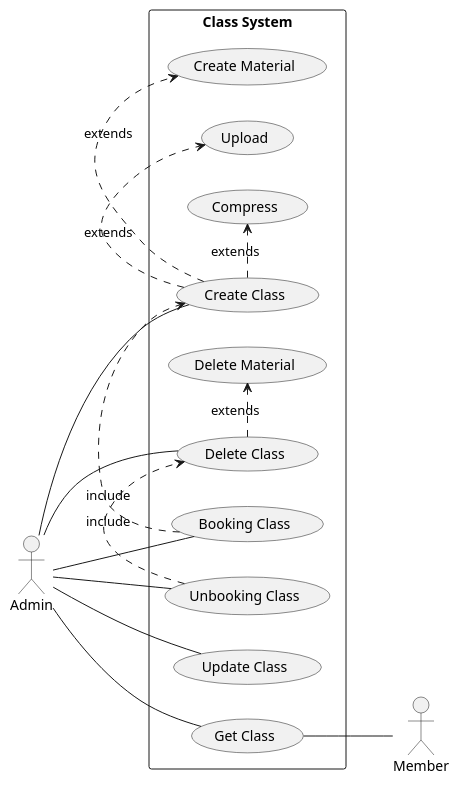
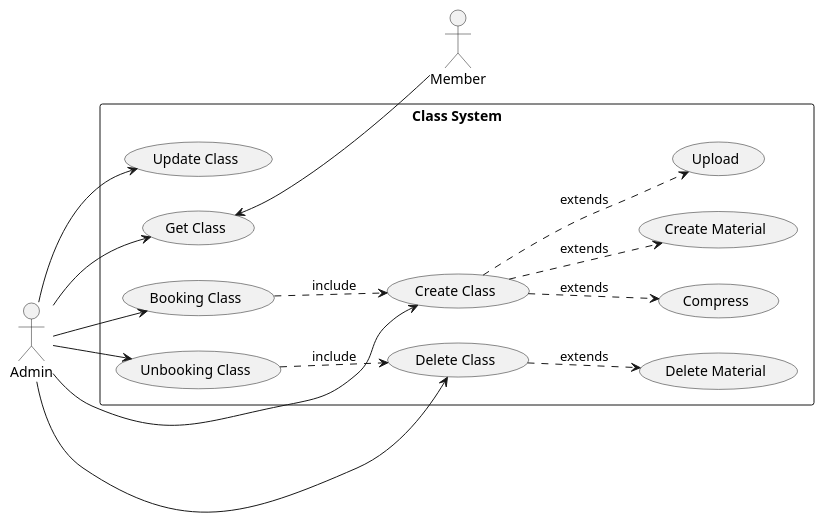
The diagram in UseCase/Release01/ClassSubSystem.wsd (fwidjaya20/fazzlearning-uml), drawn with PlantUML before and after one commit. The commit also changed 8 other files, not shown here.

```diff
--- a/UseCase/Release01/ClassSubSystem.wsd
+++ b/UseCase/Release01/ClassSubSystem.wsd
@@ -1,29 +1,32 @@
 @startuml ClassSubSystem
 
 left to right direction
+
+skinparam Monochrome true
+skinparam Shadowing false
 skinparam packageStyle rectangle
 
 actor Admin
 actor Member
 
 rectangle "Class System" {
-    Admin -- (Create Class)
-    Admin -- (Update Class)
-    Admin -- (Delete Class)
-    Admin -- (Get Class)
-    Admin -- (Booking Class)
-    Admin -- (Unbooking Class)
+    Admin --> (Create Class)
+    Admin --> (Update Class)
+    Admin --> (Delete Class)
+    Admin --> (Get Class)
+    Admin --> (Booking Class)
+    Admin --> (Unbooking Class)
 
-    (Get Class) -- Member
+    (Get Class) <-- Member
 
-    (Create Class) .> (Upload) : extends
-    (Create Class) .> (Compress) : extends
-    (Create Class) .> (Create Material) : extends
+    (Create Class) ..> (Upload) : extends
+    (Create Class) ..> (Compress) : extends
+    (Create Class) ..> (Create Material) : extends
     
-    (Delete Class) .> (Delete Material) : extends
+    (Delete Class) ..> (Delete Material) : extends
 
-    (Booking Class) .> (Create Class) : include
-    (Unbooking Class) .> (Delete Class) : include
+    (Booking Class) ..> (Create Class) : include
+    (Unbooking Class) ..> (Delete Class) : include
 }
 
 @enduml
```
